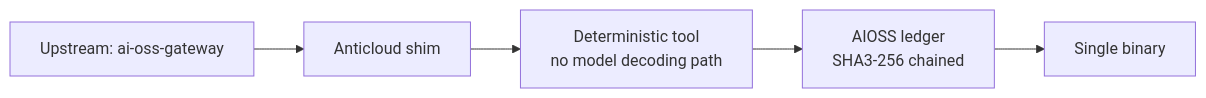
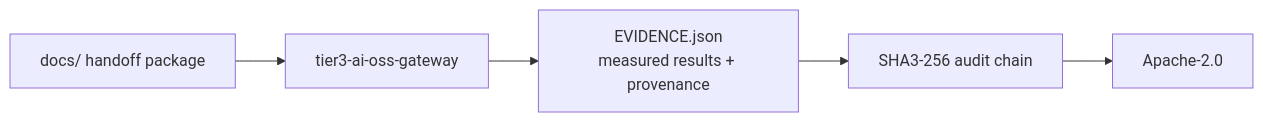
Before and after one commit to the-anticloud/tier3-ai-oss-gateway: the diagram in README.md, drawn with Mermaid. The commit also changed other lines of this file and 10 other files, not shown here.

````diff
--- a/README.md
+++ b/README.md
@@ -11,7 +22,7 @@
 ```mermaid
 graph LR
-    U[Upstream: ai-oss-gateway] --> S[Anticloud shim]
-    S --> T[Deterministic tool<br/>no model decoding path]
-    T --> A[AIOSS ledger<br/>SHA3-256 chained]
-    A --> B[Single binary]
+    D[docs/ handoff package] --> R[tier3-ai-oss-gateway]
+    R --> E[EVIDENCE.json\nmeasured results + provenance]
+    E --> A[SHA3-256 audit chain]
+    A --> L[Apache-2.0]
 ```
````
